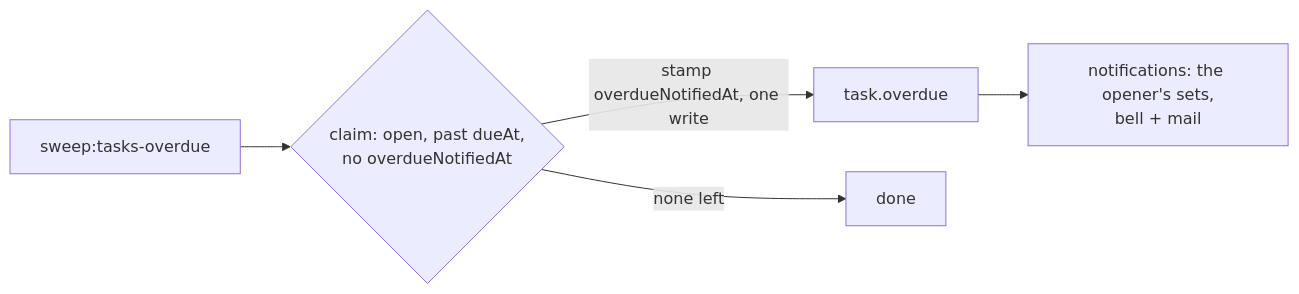
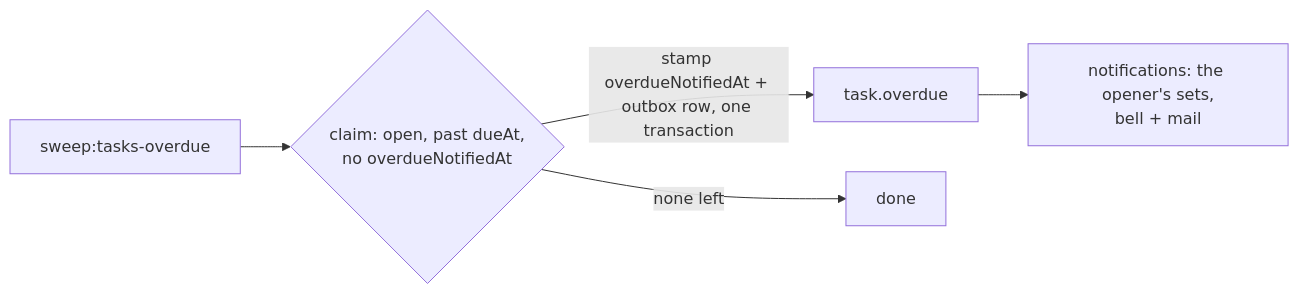
One commit to Guebbit/boilerplate-node-backend changed the third of 3 diagrams in docs/modules/tasks.md. Above: the diagram before and after it, drawn with Mermaid. The commit also changed other lines of this file and 13 other files, not shown here.

First line of the commit message:
fix(tasks): send task.opened, task.overdue and task.assigned through the outbox

````diff
--- a/docs/modules/tasks.md
+++ b/docs/modules/tasks.md
@@ -213,7 +219,7 @@
 ```mermaid
 flowchart LR
     J["sweep:tasks-overdue"] --> C{"claim: open, past dueAt,<br/>no overdueNotifiedAt"}
-    C -->|stamp overdueNotifiedAt, one write| E["task.overdue"]
+    C -->|stamp overdueNotifiedAt + outbox row, one transaction| E["task.overdue"]
     C -->|none left| Z["done"]
     E --> N["notifications: the opener's sets,<br/>bell + mail"]
 ```
````
